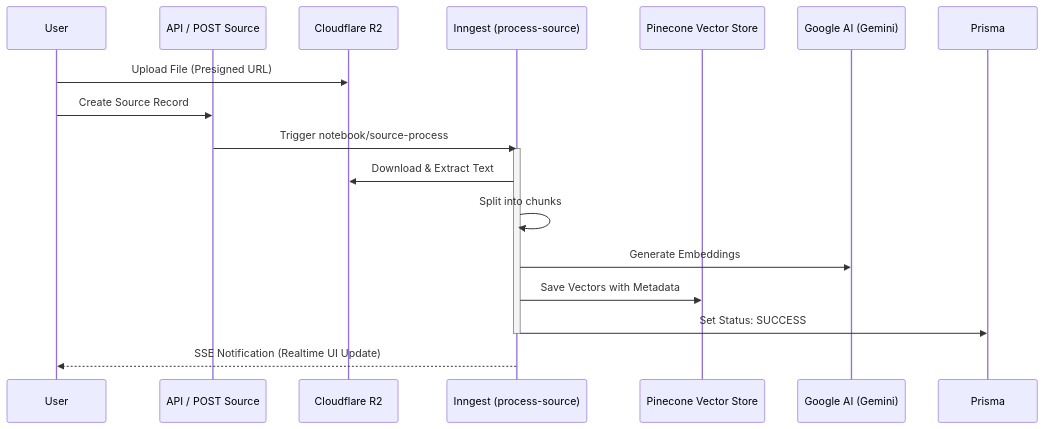
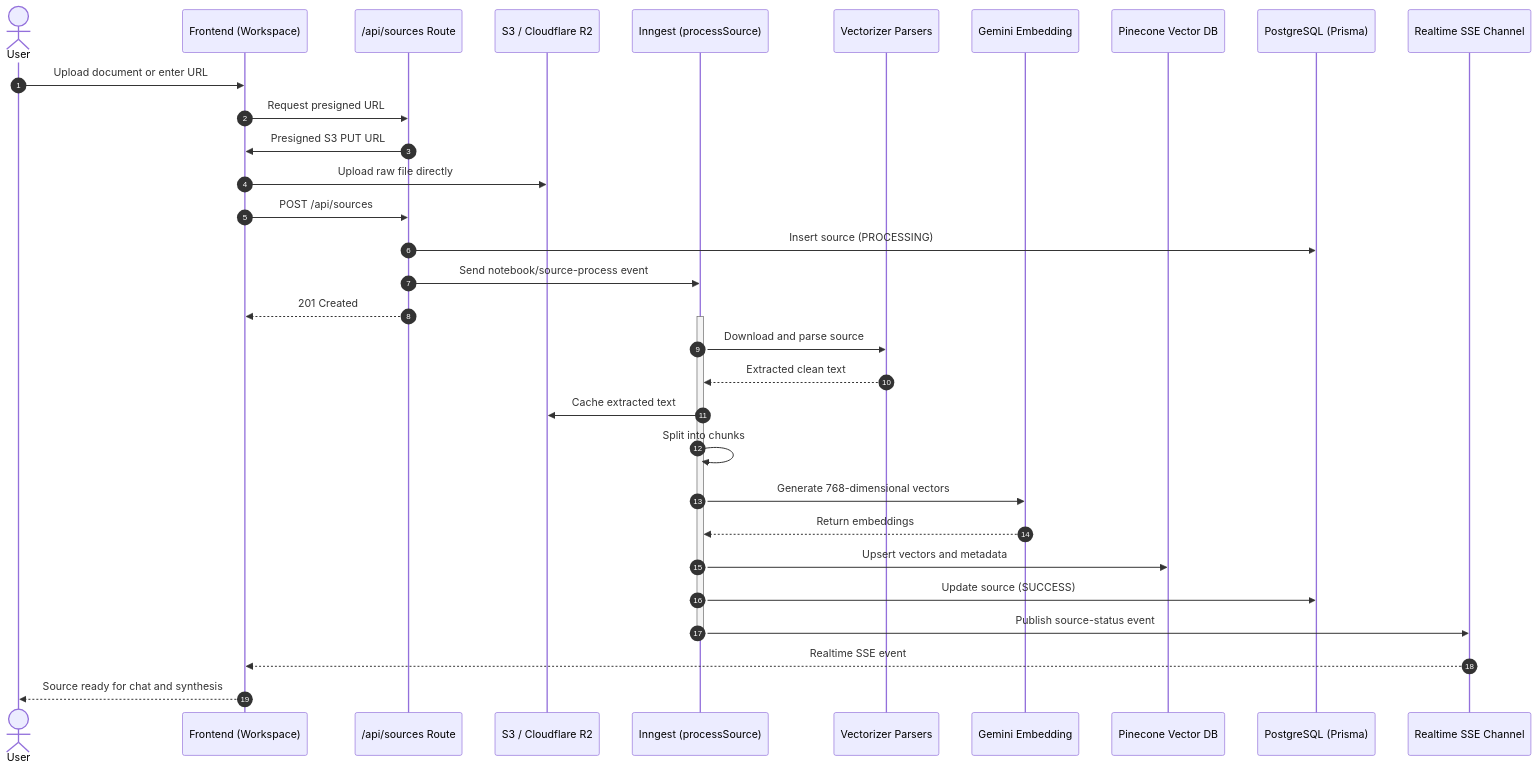
Before and after one commit to shakibweg/infera-notebook: the second of 6 diagrams in ARCHITECTURE.md, drawn with Mermaid. The commit also changed other lines of this file and 24 other files, not shown here.

````diff
--- a/ARCHITECTURE.md
+++ b/ARCHITECTURE.md
@@ -33,21 +126,38 @@
 ```mermaid
 sequenceDiagram
-    participant U as User
-    participant A as API / POST Source
-    participant S3 as Cloudflare R2
-    participant I as Inngest (process-source)
-    participant VC as Pinecone Vector Store
-    participant AI as Google AI (Gemini)
+    autonumber
+    actor User
+    participant Client as Frontend (Workspace)
+    participant API as /api/sources Route
+    participant S3 as S3 / Cloudflare R2
+    participant Inngest as Inngest (processSource)
+    participant Extractor as Vectorizer Parsers
+    participant Embed as Gemini Embedding
+    participant Pinecone as Pinecone Vector DB
+    participant Prisma as PostgreSQL (Prisma)
+    participant SSE as Realtime SSE Channel
 
-    U->>S3: Upload File (Presigned URL)
-    U->>A: Create Source Record
-    A->>I: Trigger notebook/source-process
-    activate I
-    I->>S3: Download & Extract Text
-    I->>I: Split into chunks
-    I->>AI: Generate Embeddings
-    I->>VC: Save Vectors with Metadata
-    I->>Prisma: Set Status: SUCCESS
-    deactivate I
-    I-->>U: SSE Notification (Realtime UI Update)
+    User->>Client: Upload document or enter URL
+    Client->>API: Request presigned URL
+    API->>Client: Presigned S3 PUT URL
+    Client->>S3: Upload raw file directly
+    Client->>API: POST /api/sources
+    API->>Prisma: Insert source (PROCESSING)
+    API->>Inngest: Send notebook/source-process event
+    API-->>Client: 201 Created
+
+    activate Inngest
+    Inngest->>Extractor: Download and parse source
+    Extractor-->>Inngest: Extracted clean text
+    Inngest->>S3: Cache extracted text
+    Inngest->>Inngest: Split into chunks
+    Inngest->>Embed: Generate 768-dimensional vectors
+    Embed-->>Inngest: Return embeddings
+    Inngest->>Pinecone: Upsert vectors and metadata
+    Inngest->>Prisma: Update source (SUCCESS)
+    Inngest->>SSE: Publish source-status event
+    deactivate Inngest
+
+    SSE-->>Client: Realtime SSE event
+    Client-->>User: Source ready for chat and synthesis
 ```
````
